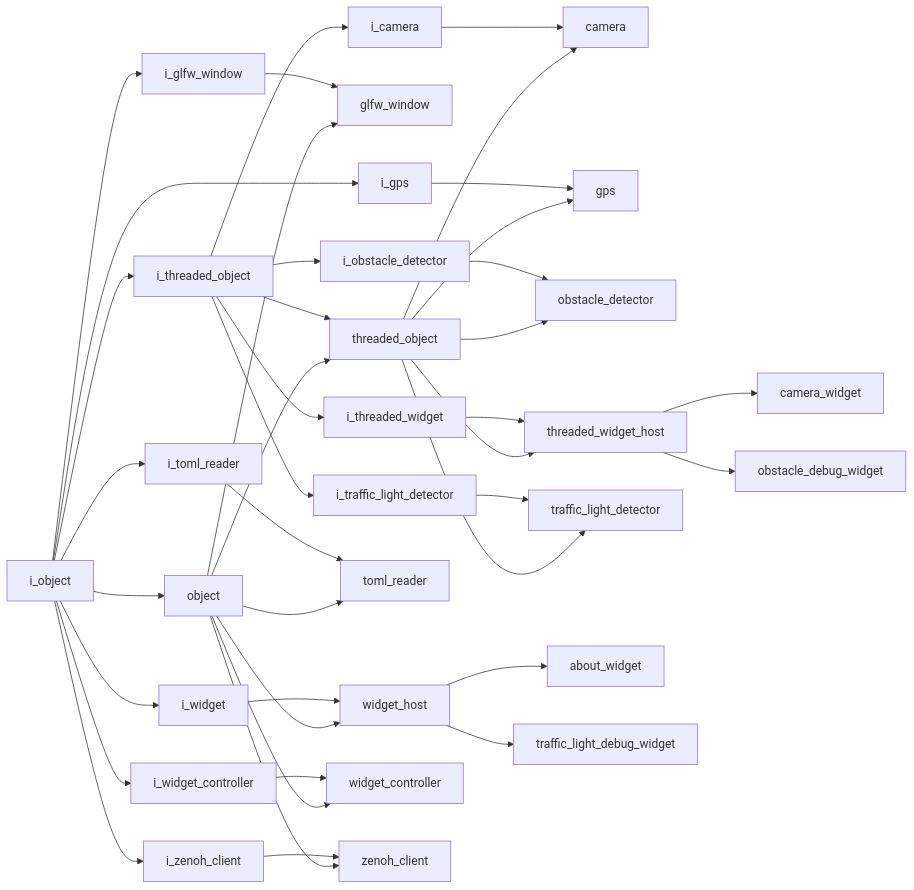
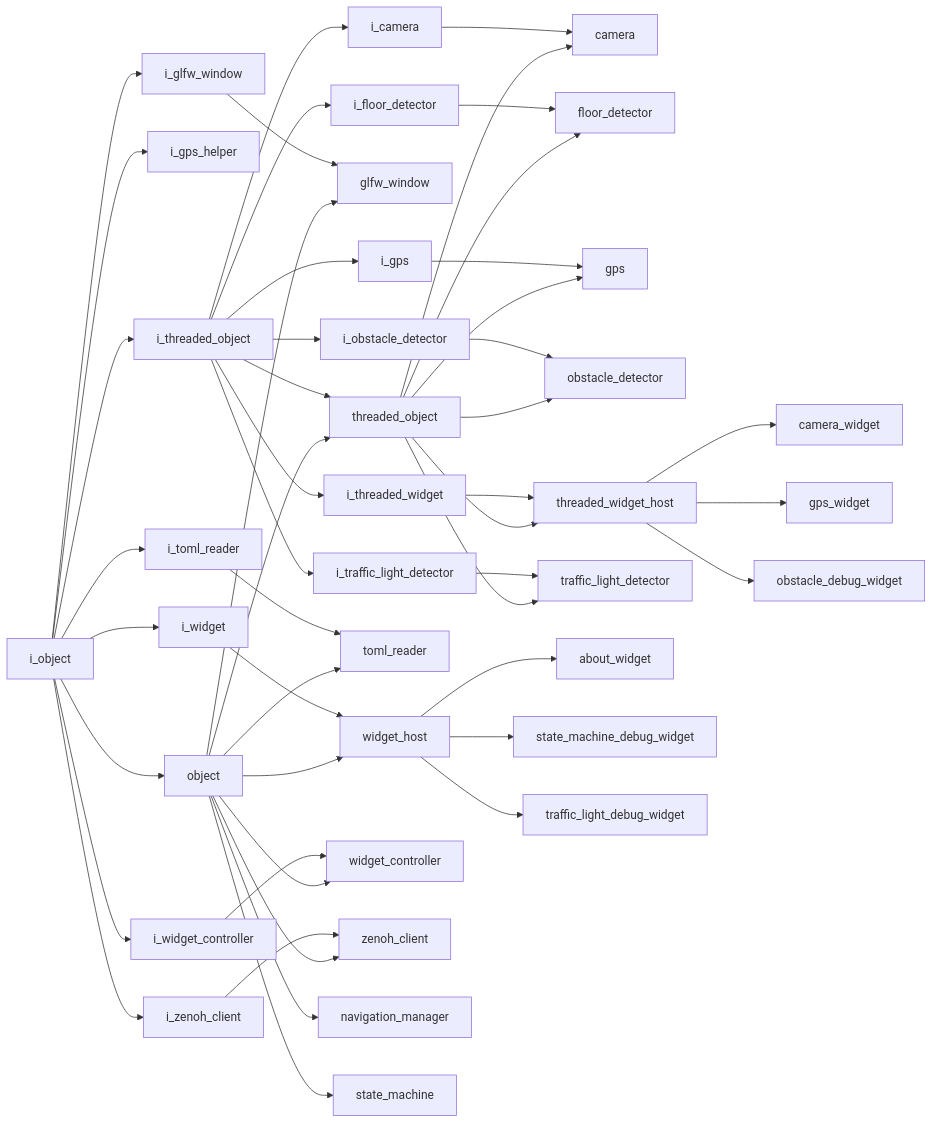
The diagram in docs/codebase/namespaces/index.md (kasper-szczerba/acs_wiki), drawn with Mermaid before and after one commit. The commit also changed other lines of this file and 34 other files, not shown here.

````diff
--- a/docs/codebase/namespaces/index.md
+++ b/docs/codebase/namespaces/index.md
@@ -15,41 +16,49 @@
 ```mermaid
 graph LR
     i_camera["i_camera"] --> camera["camera"]
+    i_floor_detector["i_floor_detector"] --> floor_detector["floor_detector"]
     i_glfw_window["i_glfw_window"] --> glfw_window["glfw_window"]
     i_gps["i_gps"] --> gps["gps"]
     i_object["i_object"] --> i_glfw_window["i_glfw_window"]
-    i_object["i_object"] --> i_gps["i_gps"]
+    i_object["i_object"] --> i_gps_helper["i_gps_helper"]
     i_object["i_object"] --> i_threaded_object["i_threaded_object"]
     i_object["i_object"] --> i_toml_reader["i_toml_reader"]
     i_object["i_object"] --> i_widget["i_widget"]
     i_object["i_object"] --> i_widget_controller["i_widget_controller"]
     i_object["i_object"] --> i_zenoh_client["i_zenoh_client"]
     i_object["i_object"] --> object["object"]
     i_obstacle_detector["i_obstacle_detector"] --> obstacle_detector["obstacle_detector"]
     i_threaded_object["i_threaded_object"] --> i_camera["i_camera"]
+    i_threaded_object["i_threaded_object"] --> i_floor_detector["i_floor_detector"]
+    i_threaded_object["i_threaded_object"] --> i_gps["i_gps"]
     i_threaded_object["i_threaded_object"] --> i_obstacle_detector["i_obstacle_detector"]
     i_threaded_object["i_threaded_object"] --> i_threaded_widget["i_threaded_widget"]
     i_threaded_object["i_threaded_object"] --> i_traffic_light_detector["i_traffic_light_detector"]
     i_threaded_object["i_threaded_object"] --> threaded_object["threaded_object"]
     i_threaded_widget["i_threaded_widget"] --> threaded_widget_host["threaded_widget_host"]
     i_toml_reader["i_toml_reader"] --> toml_reader["toml_reader"]
     i_traffic_light_detector["i_traffic_light_detector"] --> traffic_light_detector["traffic_light_detector"]
     i_widget["i_widget"] --> widget_host["widget_host"]
     i_widget_controller["i_widget_controller"] --> widget_controller["widget_controller"]
     i_zenoh_client["i_zenoh_client"] --> zenoh_client["zenoh_client"]
     object["object"] --> glfw_window["glfw_window"]
+    object["object"] --> navigation_manager["navigation_manager"]
+    object["object"] --> state_machine["state_machine"]
     object["object"] --> threaded_object["threaded_object"]
     object["object"] --> toml_reader["toml_reader"]
     object["object"] --> widget_controller["widget_controller"]
     object["object"] --> widget_host["widget_host"]
     object["object"] --> zenoh_client["zenoh_client"]
     threaded_object["threaded_object"] --> camera["camera"]
+    threaded_object["threaded_object"] --> floor_detector["floor_detector"]
     threaded_object["threaded_object"] --> gps["gps"]
     threaded_object["threaded_object"] --> obstacle_detector["obstacle_detector"]
     threaded_object["threaded_object"] --> threaded_widget_host["threaded_widget_host"]
     threaded_object["threaded_object"] --> traffic_light_detector["traffic_light_detector"]
     threaded_widget_host["threaded_widget_host"] --> camera_widget["camera_widget"]
+    threaded_widget_host["threaded_widget_host"] --> gps_widget["gps_widget"]
     threaded_widget_host["threaded_widget_host"] --> obstacle_debug_widget["obstacle_debug_widget"]
     widget_host["widget_host"] --> about_widget["about_widget"]
+    widget_host["widget_host"] --> state_machine_debug_widget["state_machine_debug_widget"]
     widget_host["widget_host"] --> traffic_light_debug_widget["traffic_light_debug_widget"]
 ```
````
